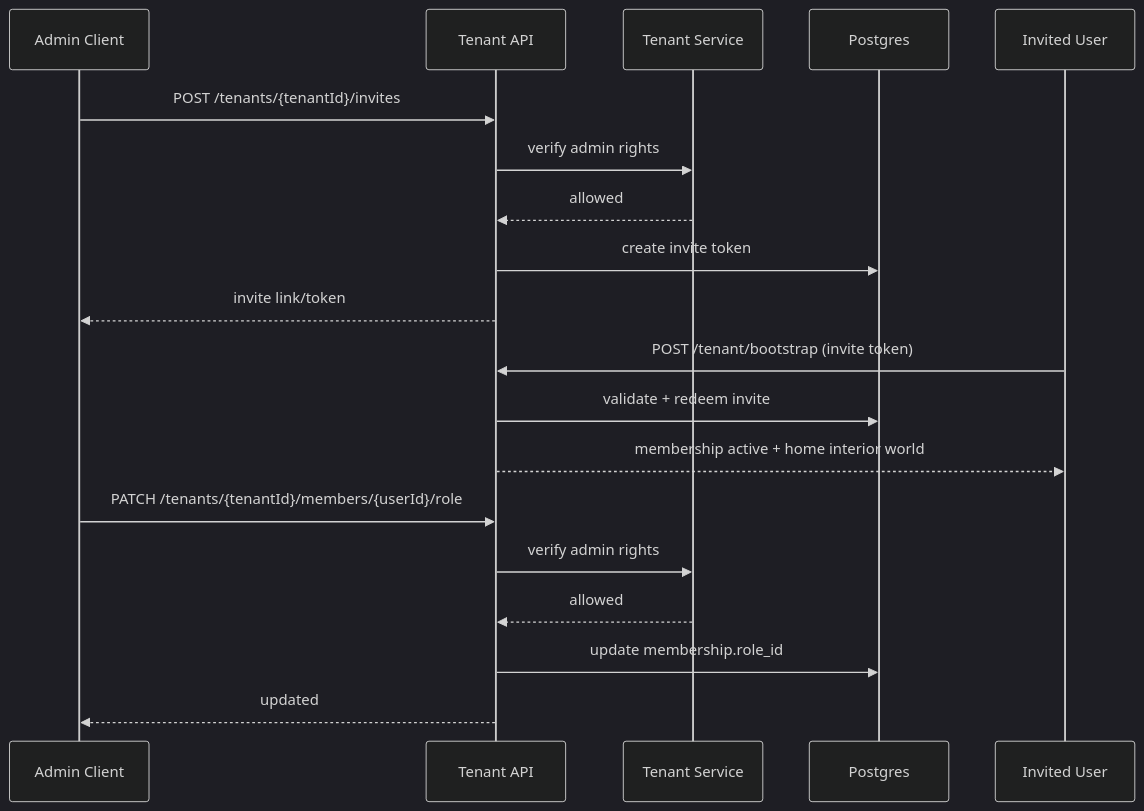
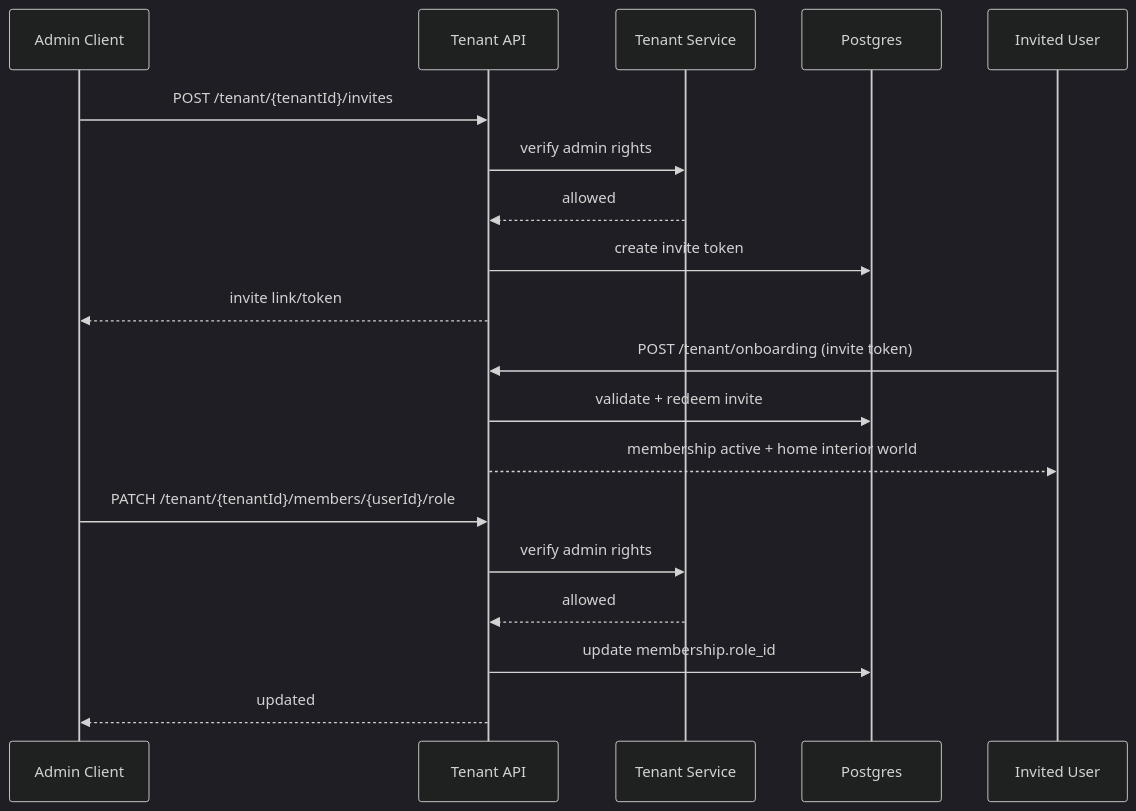
Before and after one commit to Catalystnick/Gather-poc: the sixth of 8 diagrams in Specs/tenant-architecture-plan.md, drawn with Mermaid (dark theme). The commit also changed other lines of this file and 8 other files, not shown here.

````diff
--- a/Specs/tenant-architecture-plan.md
+++ b/Specs/tenant-architecture-plan.md
@@ -481,24 +484,24 @@
 ```mermaid
 sequenceDiagram
   participant A as Admin Client
   participant API as Tenant API
   participant T as Tenant Service
   participant DB as Postgres
   participant U as Invited User
 
-  A->>API: POST /tenants/{tenantId}/invites
+  A->>API: POST /tenant/{tenantId}/invites
   API->>T: verify admin rights
   T-->>API: allowed
   API->>DB: create invite token
   API-->>A: invite link/token
 
-  U->>API: POST /tenant/bootstrap (invite token)
+  U->>API: POST /tenant/onboarding (invite token)
   API->>DB: validate + redeem invite
   API-->>U: membership active + home interior world
 
-  A->>API: PATCH /tenants/{tenantId}/members/{userId}/role
+  A->>API: PATCH /tenant/{tenantId}/members/{userId}/role
   API->>T: verify admin rights
   T-->>API: allowed
   API->>DB: update membership.role_id
   API-->>A: updated
 ```
````
